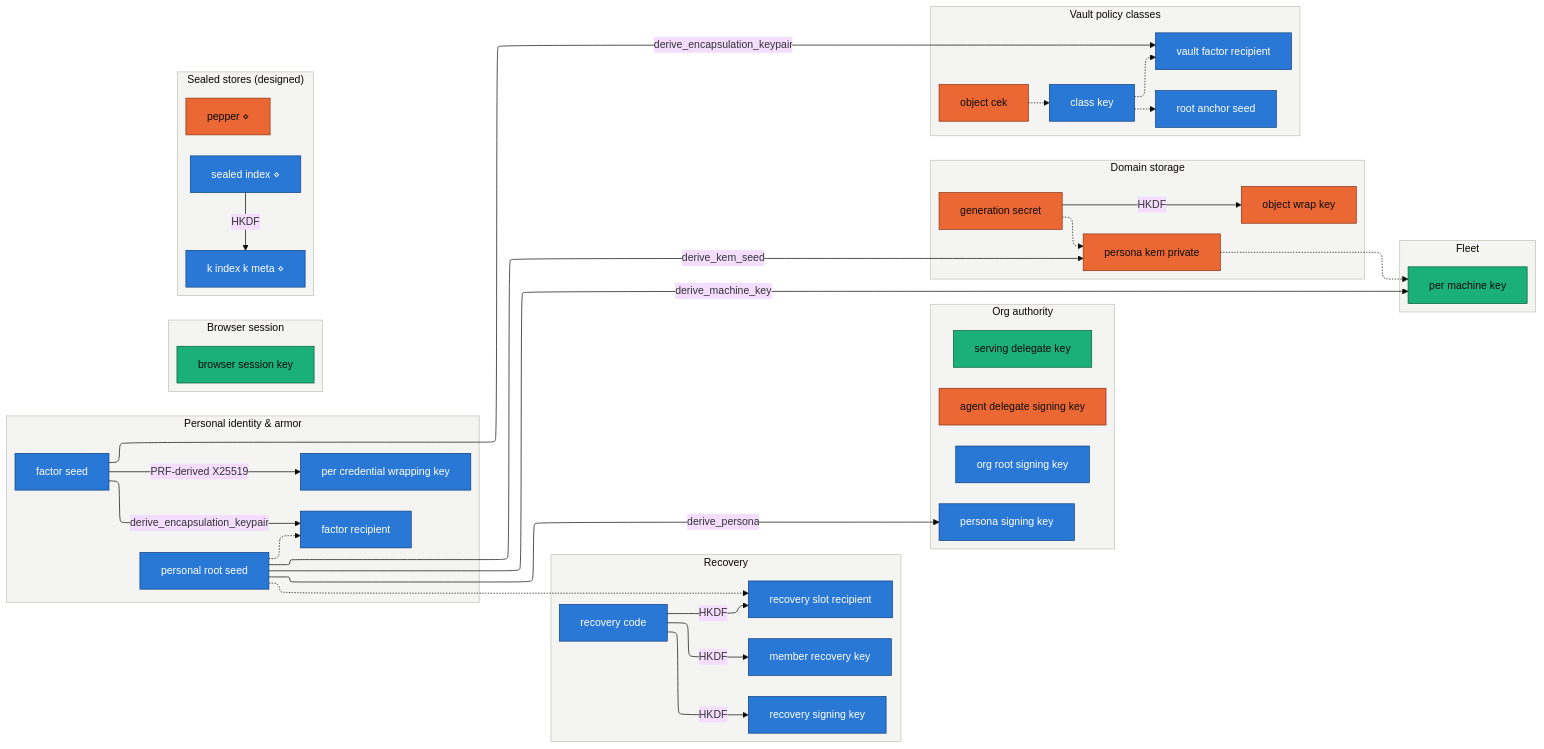
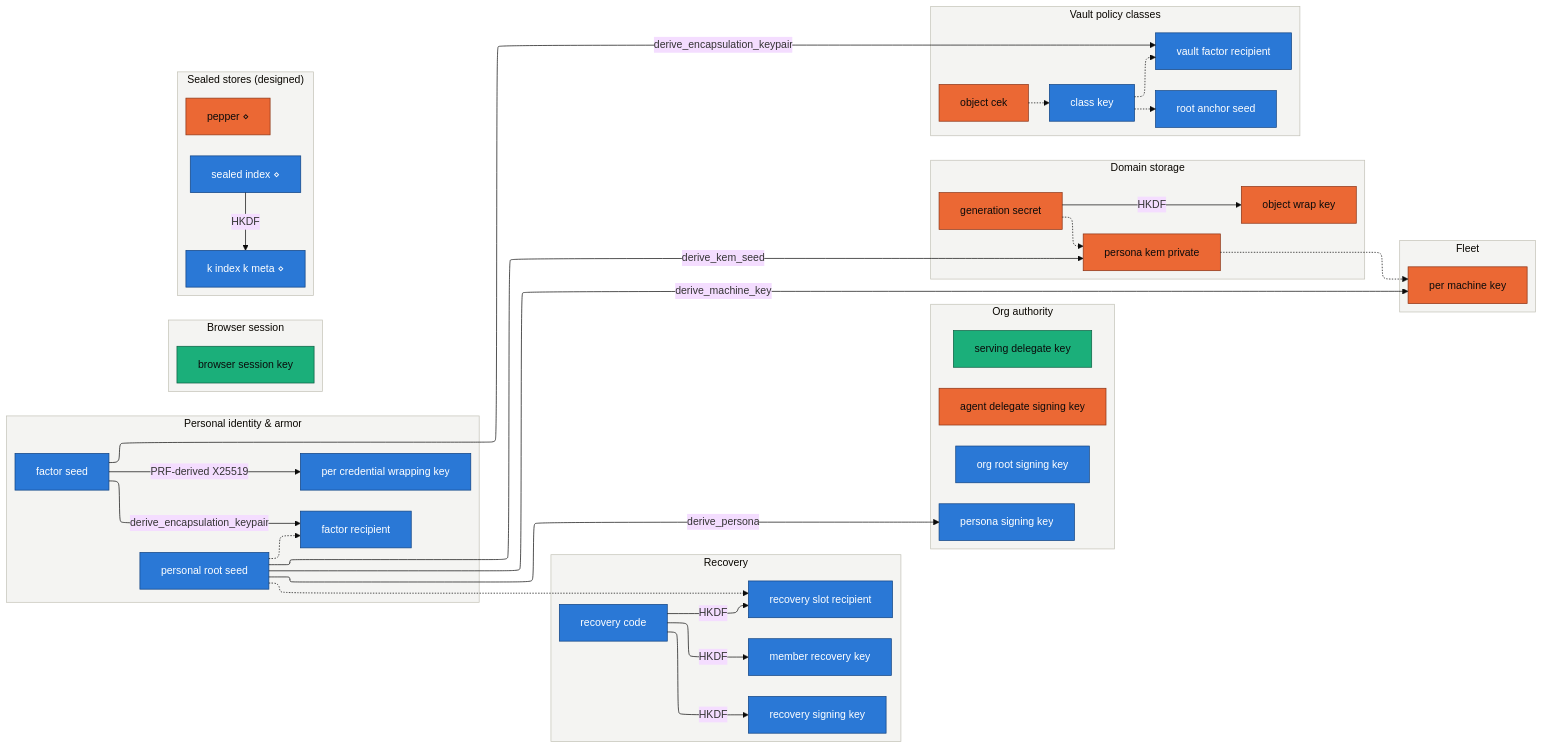
Before and after one commit to auto-network/autonomy: the diagram in tools/network/keyreg/generated/key-graph.mmd, drawn with Mermaid. The commit also changed 3 other files, not shown here.

First line of the commit message:
Key registry: per-machine key is derived and warm, never at rest

```diff
--- a/tools/network/keyreg/generated/key-graph.mmd
+++ b/tools/network/keyreg/generated/key-graph.mmd
@@ -1,78 +1,78 @@
 %%{init: {"theme": "base", "flowchart": {"defaultRenderer": "elk", "nodeSpacing": 26, "rankSpacing": 42, "curve": "basis", "useMaxWidth": false}, "themeVariables": {"fontSize": "15px", "clusterBkg": "#f4f4f2", "clusterBorder": "#c3c2b7"}}}%%
 graph LR
     %% Generated from registry.yaml by gen.py — do not edit by hand.
     %% Clusters are the registry's group field (one subsystem each).
     %% Solid arrows: derivation (parent to child). Dashed arrows: the
     %% key's material is sealed to the recipient key. Node color is
     %% custody class: blue cold, orange memory, green disk. A diamond
     %% marks a design-only key. Prose seals remain in the register.
     classDef cold fill:#2a78d6,color:#ffffff,stroke:#104281,stroke-width:1px
     classDef memory fill:#eb6834,color:#0b0b0b,stroke:#8a3315,stroke-width:1px
     classDef disk fill:#1baf7a,color:#0b0b0b,stroke:#0b5e41,stroke-width:1px
     classDef public fill:#eda100,color:#0b0b0b,stroke:#7a5300,stroke-width:1px
     subgraph identity_armor["Personal identity & armor"]
         direction TB
         factor_recipient["factor recipient"]:::cold
         factor_seed["factor seed"]:::cold
         per_credential_wrapping_key["per credential wrapping key"]:::cold
         personal_root_seed["personal root seed"]:::cold
     end
     subgraph browser["Browser session"]
         direction TB
         browser_session_key["browser session key"]:::disk
     end
     subgraph recovery["Recovery"]
         direction TB
         member_recovery_key["member recovery key"]:::cold
         recovery_code["recovery code"]:::cold
         recovery_signing_key["recovery signing key"]:::cold
         recovery_slot_recipient["recovery slot recipient"]:::cold
     end
     subgraph org_authority["Org authority"]
         direction TB
         agent_delegate_signing_key["agent delegate signing key"]:::memory
         org_root_signing_key["org root signing key"]:::cold
         persona_signing_key["persona signing key"]:::cold
         serving_delegate_key["serving delegate key"]:::disk
     end
     subgraph domain_storage["Domain storage"]
         direction TB
         generation_secret["generation secret"]:::memory
         object_wrap_key["object wrap key"]:::memory
         persona_kem_private["persona kem private"]:::memory
     end
     subgraph vault_classes["Vault policy classes"]
         direction TB
         class_key["class key"]:::cold
         object_cek["object cek"]:::memory
         root_anchor_seed["root anchor seed"]:::cold
         vault_factor_recipient["vault factor recipient"]:::cold
     end
     subgraph sealed_stores["Sealed stores (designed)"]
         direction TB
         k_index_k_meta["k index k meta ⋄"]:::cold
         pepper["pepper ⋄"]:::memory
         sealed_index["sealed index ⋄"]:::cold
     end
     subgraph fleet["Fleet"]
         direction TB
-        per_machine_key["per machine key"]:::disk
+        per_machine_key["per machine key"]:::memory
     end
     factor_seed -->|derive_encapsulation_keypair| factor_recipient
     sealed_index -->|HKDF| k_index_k_meta
     recovery_code -->|HKDF| member_recovery_key
     generation_secret -->|HKDF| object_wrap_key
     factor_seed -->|PRF-derived X25519| per_credential_wrapping_key
     personal_root_seed -->|derive_machine_key| per_machine_key
     personal_root_seed -->|derive_kem_seed| persona_kem_private
     personal_root_seed -->|derive_persona| persona_signing_key
     recovery_code -->|HKDF| recovery_signing_key
     recovery_code -->|HKDF| recovery_slot_recipient
     factor_seed -->|derive_encapsulation_keypair| vault_factor_recipient
     class_key -.-> vault_factor_recipient
     class_key -.-> root_anchor_seed
     generation_secret -.-> persona_kem_private
     object_cek -.-> class_key
     persona_kem_private -.-> per_machine_key
     personal_root_seed -.-> factor_recipient
     personal_root_seed -.-> recovery_slot_recipient
```
